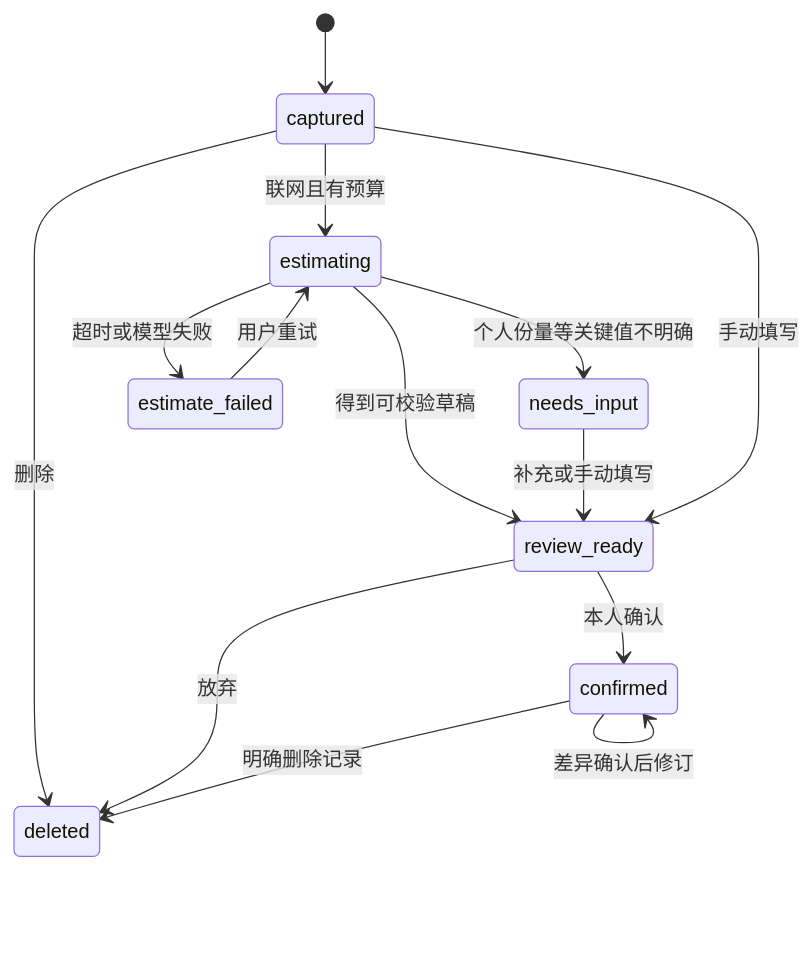
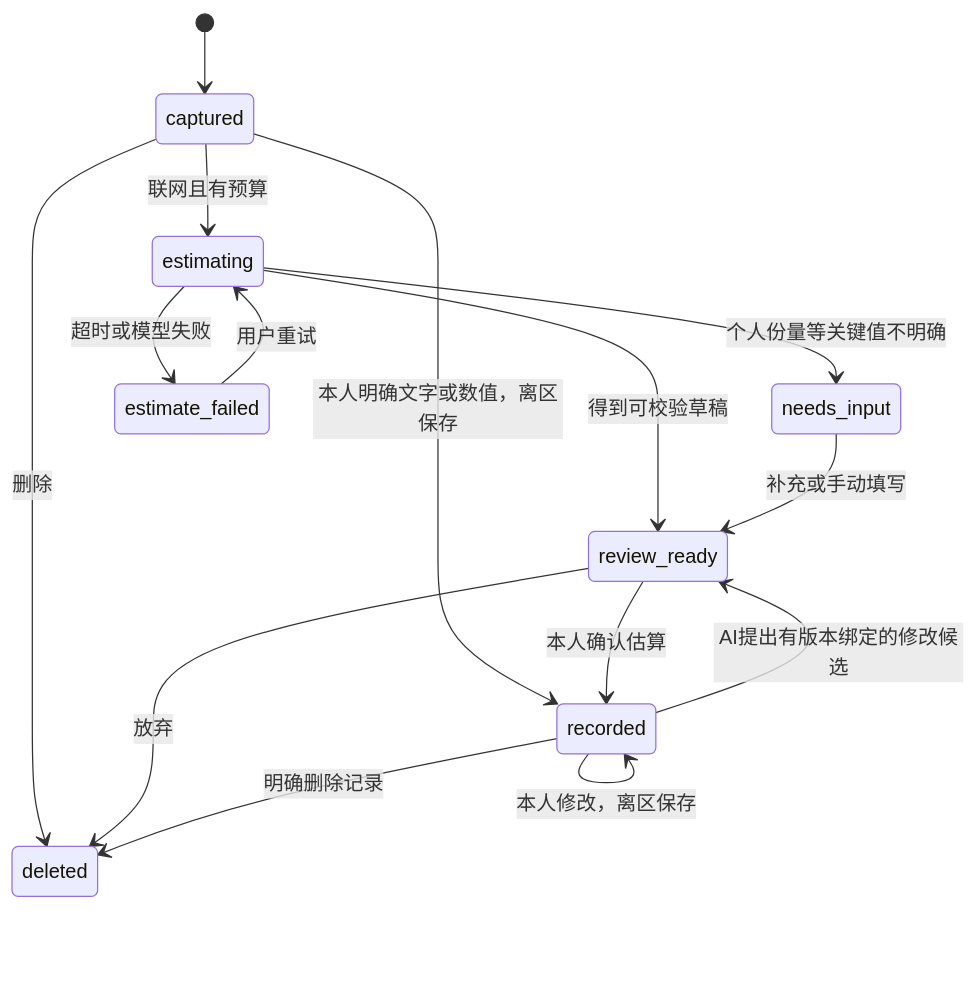
One commit to yelonhu/lowkkey changed the second of 7 diagrams in SPEC.md. Above: the diagram before and after it, drawn with Mermaid. The commit also changed other lines of this file and 40 other files, not shown here.

````diff
--- a/SPEC.md
+++ b/SPEC.md
@@ -555,16 +555,17 @@
 ```mermaid
 stateDiagram-v2
     [*] --> captured
     captured --> estimating: 联网且有预算
     estimating --> review_ready: 得到可校验草稿
     estimating --> needs_input: 个人份量等关键值不明确
     estimating --> estimate_failed: 超时或模型失败
     estimate_failed --> estimating: 用户重试
     needs_input --> review_ready: 补充或手动填写
-    captured --> review_ready: 手动填写
-    review_ready --> confirmed: 本人确认
-    confirmed --> confirmed: 差异确认后修订
+    captured --> recorded: 本人明确文字或数值，离区保存
+    recorded --> recorded: 本人修改，离区保存
+    review_ready --> recorded: 本人确认估算
+    recorded --> review_ready: AI提出有版本绑定的修改候选
     captured --> deleted: 删除
     review_ready --> deleted: 放弃
-    confirmed --> deleted: 明确删除记录
+    recorded --> deleted: 明确删除记录
 ```
````
